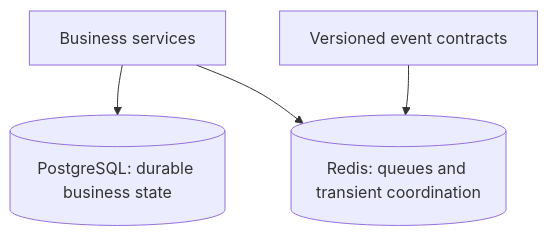
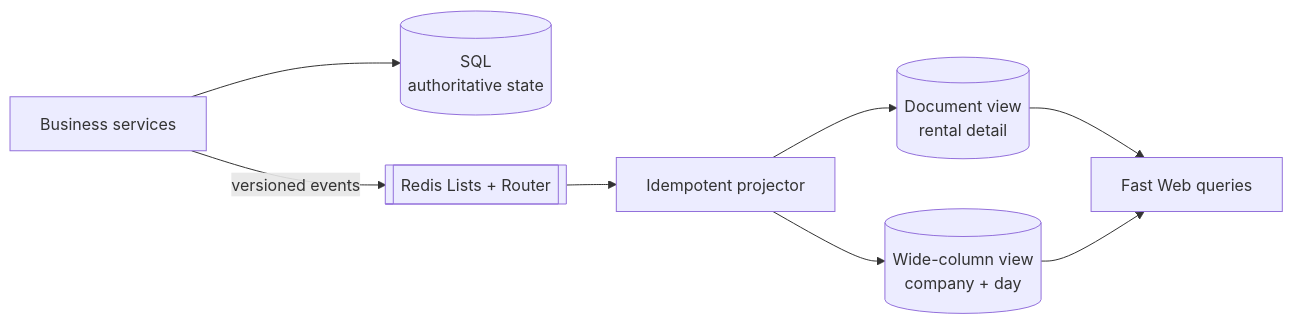
One commit to charroux/rentalservice changed diagram 11 of 11 in training/modules/07-nosql-foundations/slides.qmd. Above: the diagram before and after it, drawn with Mermaid. The commit also changed other lines of this file and 1 other file, not shown here.

Commit message:
docs(training): expand NoSQL foundations module

````diff
--- a/training/modules/07-nosql-foundations/slides.qmd
+++ b/training/modules/07-nosql-foundations/slides.qmd
@@ -115,6 +425,10 @@
 ```{mermaid}
-flowchart TB
-    Services[Business services] --> Postgres[(PostgreSQL: durable business state)]
-    Services --> Redis[(Redis: queues and transient coordination)]
-    Contracts[Versioned event contracts] --> Redis
+flowchart LR
+    Services[Business services] --> SQL[(SQL<br/>authoritative state)]
+    Services -->|versioned events| Redis[[Redis Lists + Router]]
+    Redis --> Projector[Idempotent projector]
+    Projector --> Document[(Document view<br/>rental detail)]
+    Projector --> Wide[(Wide-column view<br/>company + day)]
+    Document --> Web[Fast Web queries]
+    Wide --> Web
 ```
````
